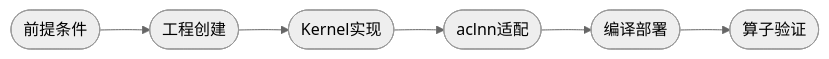
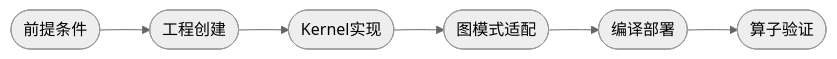
Before and after one commit to hicann/ops-math: the first of 3 diagrams in docs/context/aicpu_develop_guide.md, drawn with Mermaid (neutral theme). The commit also changed other lines of this file and 3 other files, not shown here.

````diff
--- a/docs/context/aicpu_develop_guide.md
+++ b/docs/context/aicpu_develop_guide.md
@@ -8,8 +10,8 @@
 ```mermaid
 graph LR
 	A([前提条件]) --> W([工程创建])
     W --> C([Kernel实现])
-    C --> E([aclnn适配])
+    C --> E([图模式适配])
     E --> F([编译部署])
     F --> G([算子验证])
 ```
````
